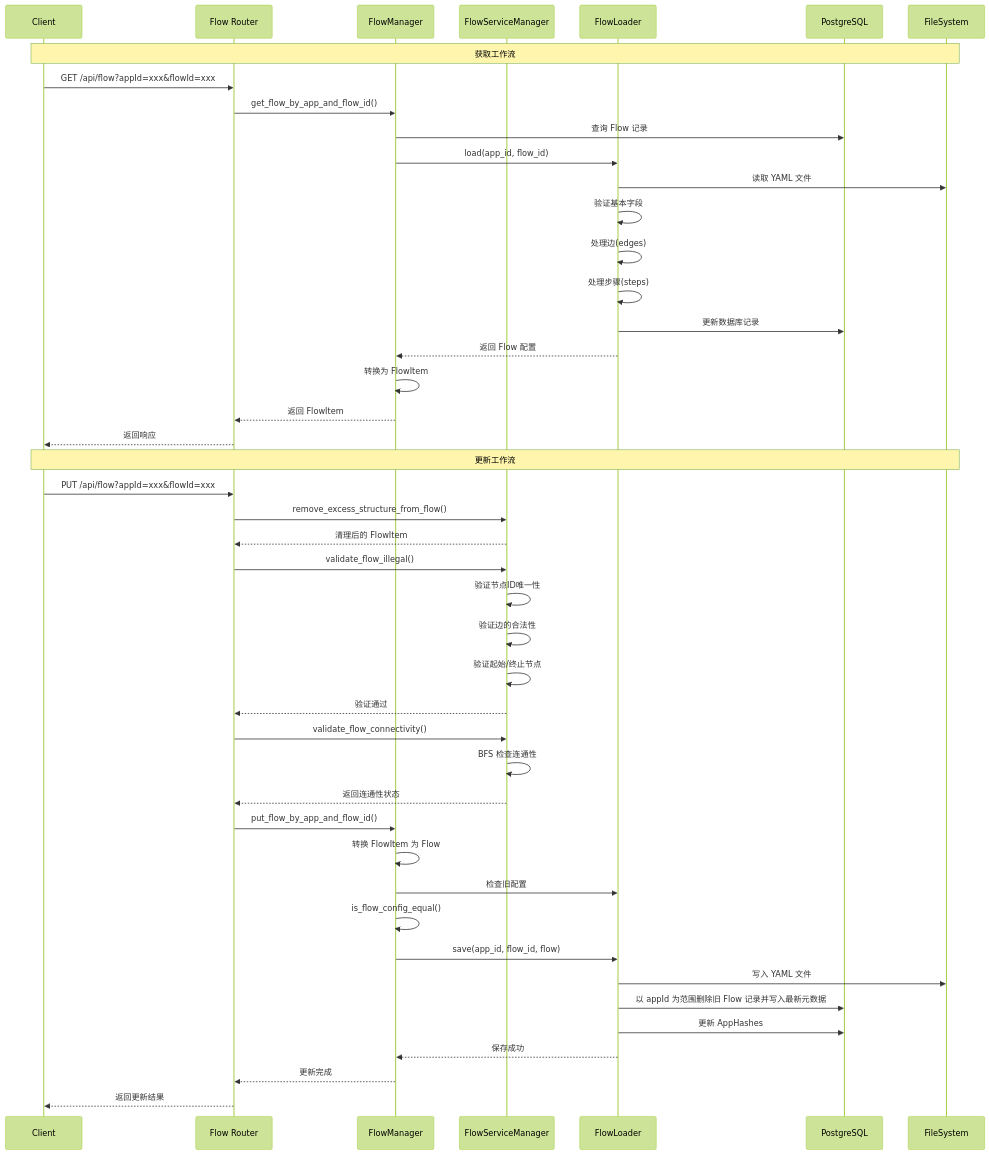
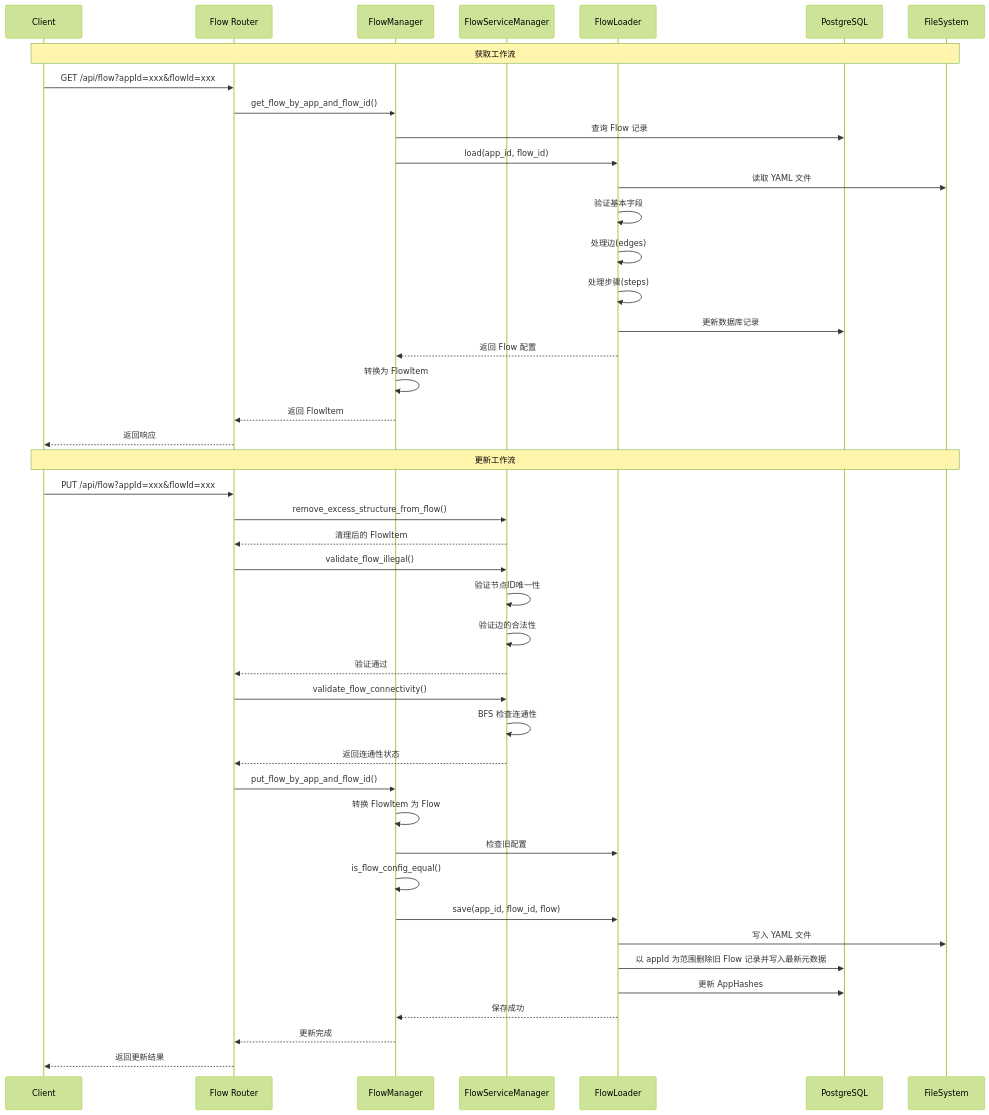
Before and after one commit to HongyuS/euler-copilot-framework: the third of 10 diagrams in design/services/flow.md, drawn with Mermaid (forest theme). The commit also changed other lines of this file and 1 other file, not shown here.

````diff
--- a/design/services/flow.md
+++ b/design/services/flow.md
@@ -134,49 +134,48 @@
 ```mermaid
 sequenceDiagram
     participant Client
     participant API as Flow Router
     participant FM as FlowManager
     participant FSM as FlowServiceManager
     participant FL as FlowLoader
     participant DB as PostgreSQL
     participant FS as FileSystem
 
     Note over Client,FS: 获取工作流
     Client->>API: GET /api/flow?appId=xxx&flowId=xxx
     API->>FM: get_flow_by_app_and_flow_id()
     FM->>DB: 查询 Flow 记录
     FM->>FL: load(app_id, flow_id)
     FL->>FS: 读取 YAML 文件
     FL->>FL: 验证基本字段
     FL->>FL: 处理边(edges)
     FL->>FL: 处理步骤(steps)
     FL->>DB: 更新数据库记录
     FL-->>FM: 返回 Flow 配置
     FM->>FM: 转换为 FlowItem
     FM-->>API: 返回 FlowItem
     API-->>Client: 返回响应
 
     Note over Client,FS: 更新工作流
     Client->>API: PUT /api/flow?appId=xxx&flowId=xxx
     API->>FSM: remove_excess_structure_from_flow()
     FSM-->>API: 清理后的 FlowItem
     API->>FSM: validate_flow_illegal()
     FSM->>FSM: 验证节点ID唯一性
     FSM->>FSM: 验证边的合法性
-    FSM->>FSM: 验证起始/终止节点
     FSM-->>API: 验证通过
     API->>FSM: validate_flow_connectivity()
     FSM->>FSM: BFS 检查连通性
     FSM-->>API: 返回连通性状态
     API->>FM: put_flow_by_app_and_flow_id()
     FM->>FM: 转换 FlowItem 为 Flow
     FM->>FL: 检查旧配置
     FM->>FM: is_flow_config_equal()
     FM->>FL: save(app_id, flow_id, flow)
     FL->>FS: 写入 YAML 文件
     FL->>DB: 以 appId 为范围删除旧 Flow 记录并写入最新元数据
     FL->>DB: 更新 AppHashes
     FL-->>FM: 保存成功
     FM-->>API: 更新完成
     API-->>Client: 返回更新结果
 ```
````
